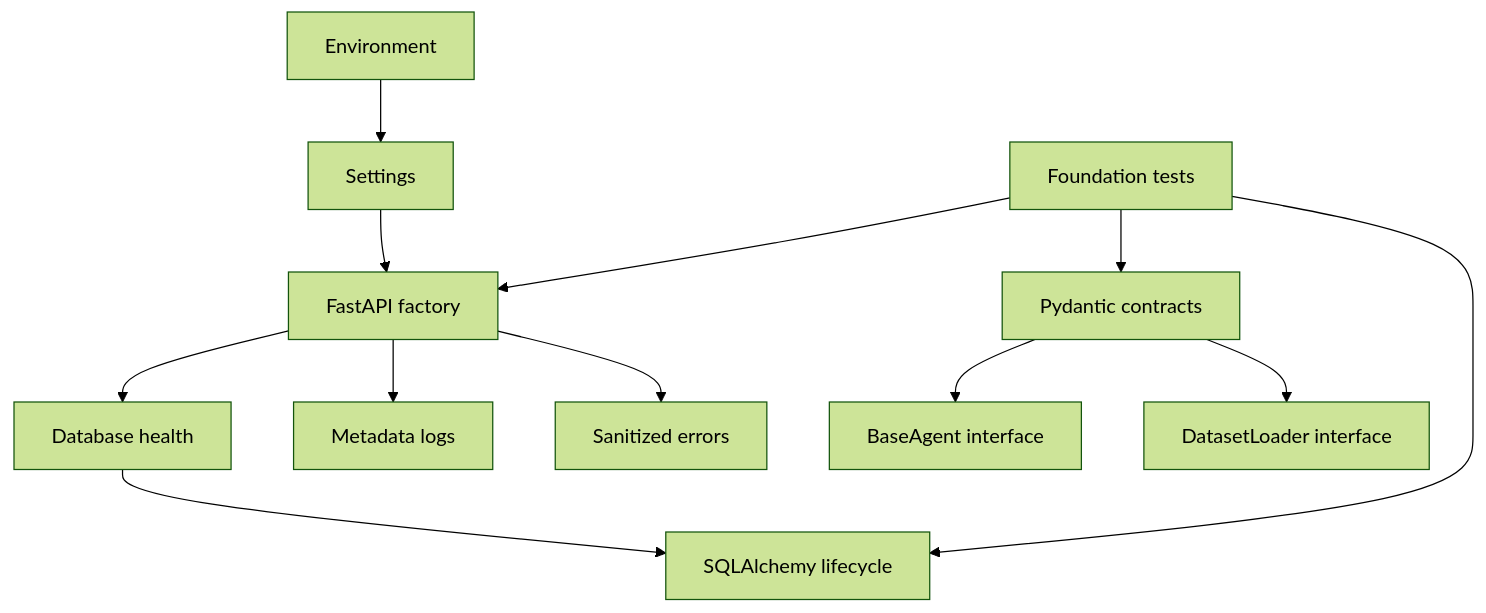
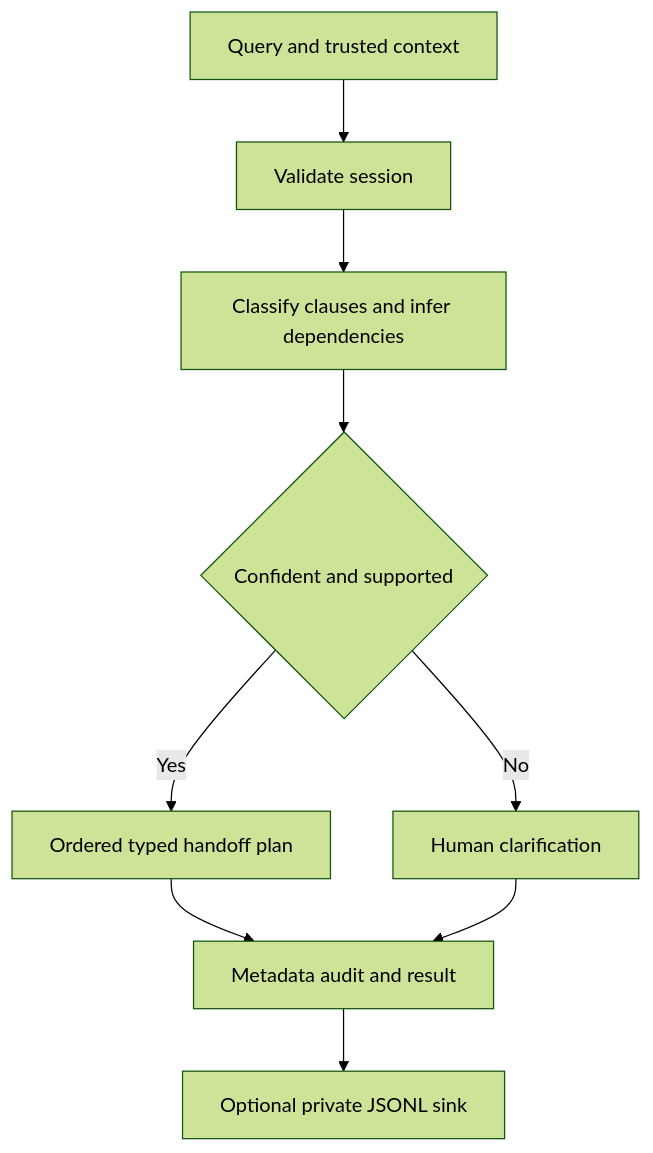
One commit to Ashproxx/Retail_Operations changed the diagram in docs/knowledge_graph/BRANCH_KNOWLEDGE_GRAPH.md. Above: the diagram before and after it, drawn with Mermaid (forest theme). The commit also changed other lines of this file and 13 other files, not shown here.

````diff
--- a/docs/knowledge_graph/BRANCH_KNOWLEDGE_GRAPH.md
+++ b/docs/knowledge_graph/BRANCH_KNOWLEDGE_GRAPH.md
@@ -5,14 +5,11 @@
 ```mermaid
 flowchart TD
-    env[Environment] --> config[Settings]
-    config --> app[FastAPI factory]
-    app --> health[Database health]
-    health --> db[SQLAlchemy lifecycle]
-    app --> logs[Metadata logs]
-    app --> errors[Sanitized errors]
-    contracts[Pydantic contracts] --> agents[BaseAgent interface]
-    contracts --> dataset[DatasetLoader interface]
-    tests[Foundation tests] --> app
-    tests --> db
-    tests --> contracts
+    request[Query and trusted context] --> check[Validate session]
+    check --> classify[Classify clauses and infer dependencies]
+    classify --> gate{Confident and supported}
+    gate -->|Yes| plan[Ordered typed handoff plan]
+    gate -->|No| escalate[Human clarification]
+    plan --> audit[Metadata audit and result]
+    escalate --> audit
+    audit --> sink[Optional private JSONL sink]
 ```
````
